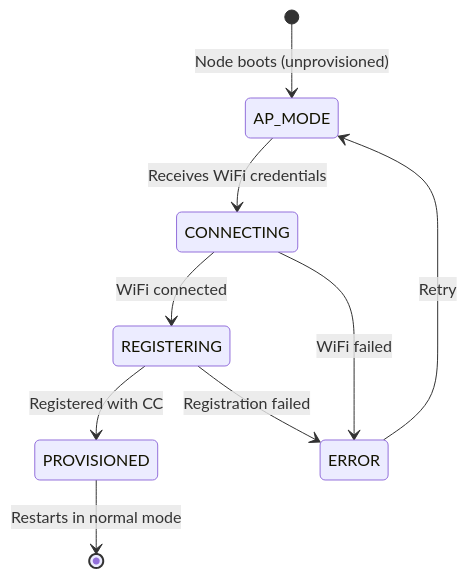
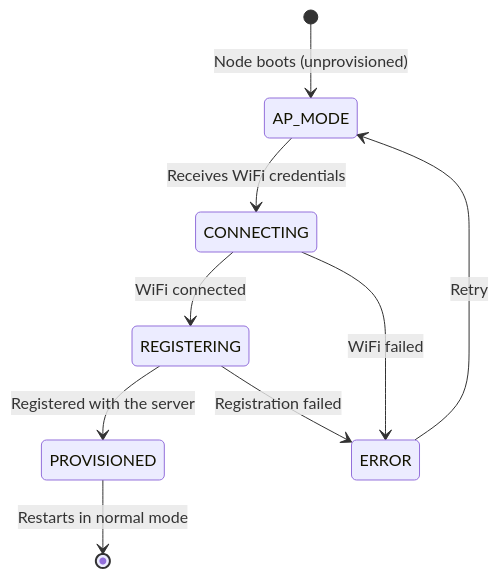
One commit to alexberardi/jarvis-docs changed the diagram in docs/clients/provisioning.md. Above: the diagram before and after it, drawn with Mermaid. The commit also changed other lines of this file and 14 other files, not shown here.

````diff
--- a/docs/clients/provisioning.md
+++ b/docs/clients/provisioning.md
@@ -19,11 +20,11 @@
 ```mermaid
 stateDiagram-v2
     [*] --> AP_MODE: Node boots (unprovisioned)
     AP_MODE --> CONNECTING: Receives WiFi credentials
     CONNECTING --> REGISTERING: WiFi connected
     CONNECTING --> ERROR: WiFi failed
-    REGISTERING --> PROVISIONED: Registered with CC
+    REGISTERING --> PROVISIONED: Registered with the server
     REGISTERING --> ERROR: Registration failed
     PROVISIONED --> [*]: Restarts in normal mode
     ERROR --> AP_MODE: Retry
 ```
````
